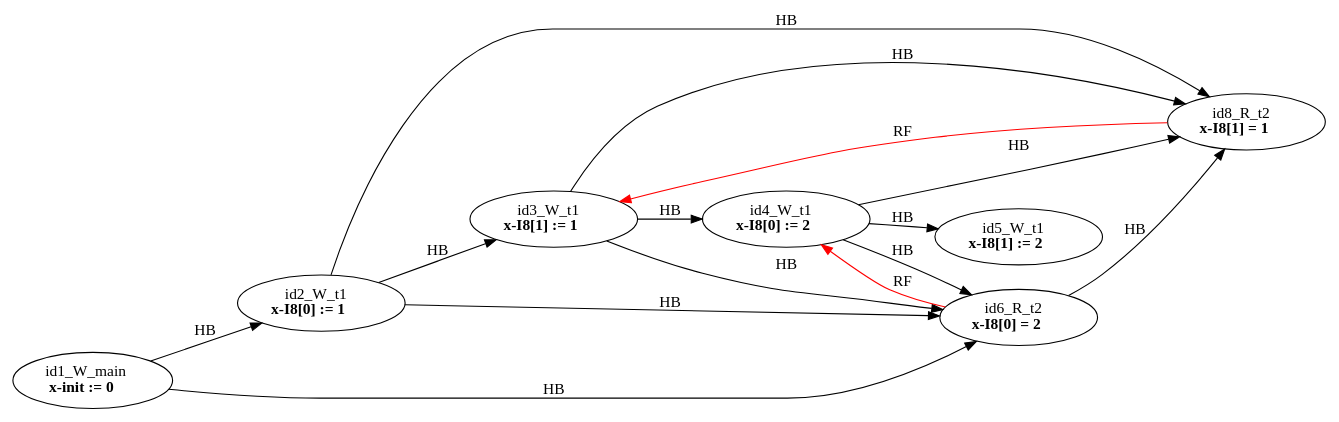
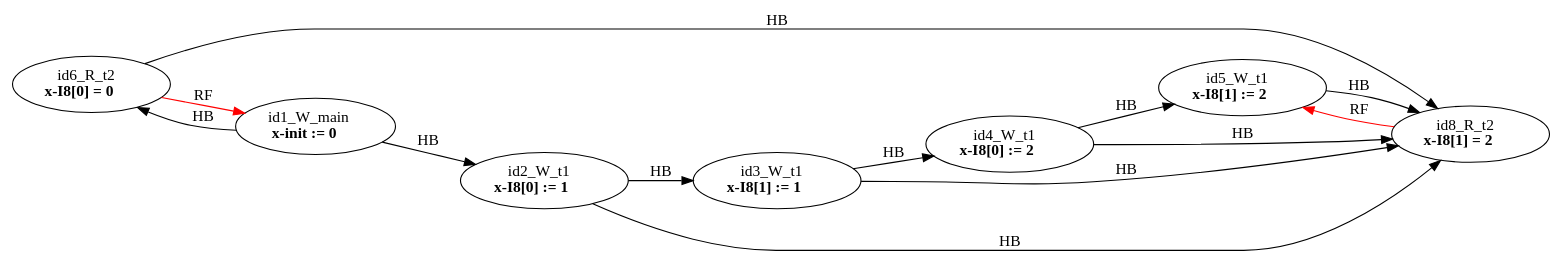
Before and after one commit to FMJS/EMME: the diagram in examples/single_var/ite/sv_i_simple02/mm3.dot, drawn with Graphviz. The commit also changed 6 other files, not shown here.

```diff
--- a/examples/single_var/ite/sv_i_simple02/mm3.dot
+++ b/examples/single_var/ite/sv_i_simple02/mm3.dot
@@ -1,25 +1,23 @@
 digraph memory_model {
 rankdir=LR;
 splines=true; esep=0.5;
 id2_W_t1 -> id3_W_t1 [label = "HB", color="black"];
 id3_W_t1 -> id4_W_t1 [label = "HB", color="black"];
 id4_W_t1 -> id5_W_t1 [label = "HB", color="black"];
 id6_R_t2 -> id8_R_t2 [label = "HB", color="black"];
 id1_W_main -> id2_W_t1 [label = "HB", color="black"];
 id1_W_main -> id6_R_t2 [label = "HB", color="black"];
-id2_W_t1 -> id6_R_t2 [label = "HB", color="black"];
 id2_W_t1 -> id8_R_t2 [label = "HB", color="black"];
-id3_W_t1 -> id6_R_t2 [label = "HB", color="black"];
 id3_W_t1 -> id8_R_t2 [label = "HB", color="black"];
-id4_W_t1 -> id6_R_t2 [label = "HB", color="black"];
 id4_W_t1 -> id8_R_t2 [label = "HB", color="black"];
-id6_R_t2 -> id4_W_t1 [label = "RF", color="red"];
-id8_R_t2 -> id3_W_t1 [label = "RF", color="red"];
+id5_W_t1 -> id8_R_t2 [label = "HB", color="black"];
+id6_R_t2 -> id1_W_main [label = "RF", color="red"];
+id8_R_t2 -> id5_W_t1 [label = "RF", color="red"];
 id1_W_main [label=<id1_W_main<br/><B>x-init := 0</B>>, pos="2.5,8!"]
 id2_W_t1 [label=<id2_W_t1<br/><B>x-I8[0] := 1</B>>, pos="0,6!"]
 id3_W_t1 [label=<id3_W_t1<br/><B>x-I8[1] := 1</B>>, pos="0,4!"]
 id4_W_t1 [label=<id4_W_t1<br/><B>x-I8[0] := 2</B>>, pos="0,2!"]
 id5_W_t1 [label=<id5_W_t1<br/><B>x-I8[1] := 2</B>>, pos="0,0!"]
-id6_R_t2 [label=<id6_R_t2<br/><B>x-I8[0] = 2</B>>, pos="5,6!"]
-id8_R_t2 [label=<id8_R_t2<br/><B>x-I8[1] = 1</B>>, pos="5,4!"]
+id6_R_t2 [label=<id6_R_t2<br/><B>x-I8[0] = 0</B>>, pos="5,6!"]
+id8_R_t2 [label=<id8_R_t2<br/><B>x-I8[1] = 2</B>>, pos="5,4!"]
 }
```
